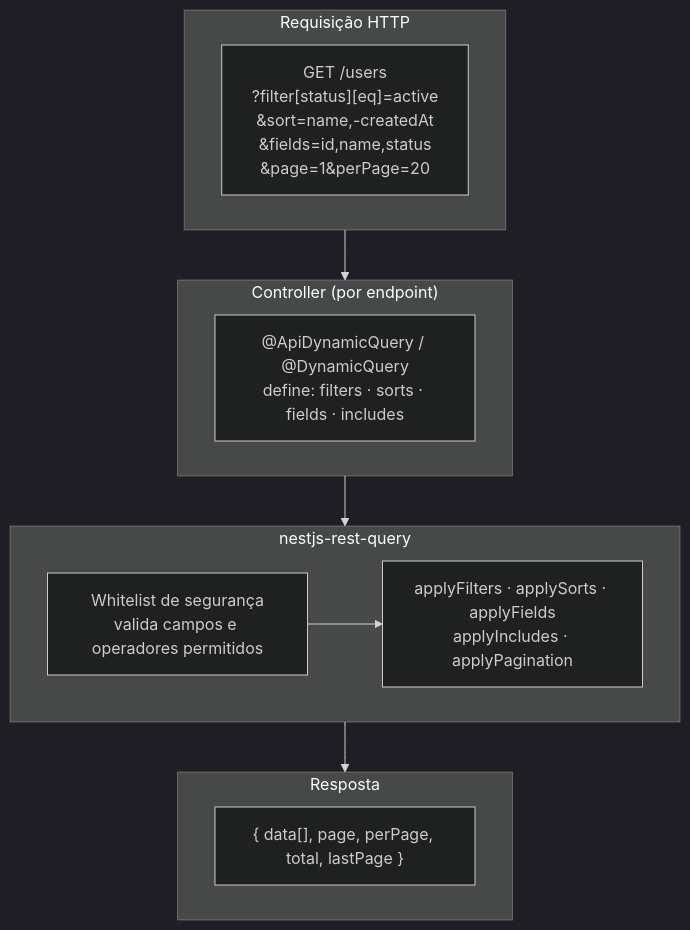
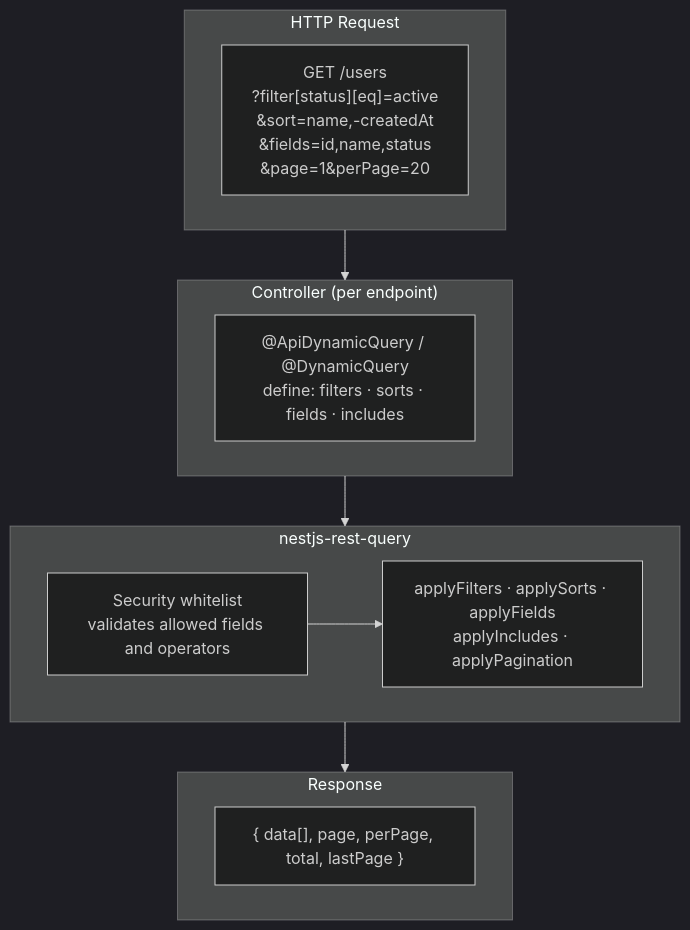
Before and after one commit to naldomadeira/nestjs-rest-query: the diagram in apps/docs/content/en/docs/index.mdx, drawn with Mermaid (dark theme). The commit also changed other lines of this file and 14 other files, not shown here.

````diff
--- a/apps/docs/content/en/docs/index.mdx
+++ b/apps/docs/content/en/docs/index.mdx
@@ -10,24 +10,24 @@
 ```mermaid
 flowchart TD
-  subgraph IN["Requisição HTTP"]
+  subgraph IN["HTTP Request"]
     Q["GET /users\n?filter[status][eq]=active\n&sort=name,-createdAt\n&fields=id,name,status\n&page=1&perPage=20"]
   end
 
-  subgraph CTRL["Controller (por endpoint)"]
+  subgraph CTRL["Controller (per endpoint)"]
     D["@ApiDynamicQuery / @DynamicQuery\ndefine: filters · sorts · fields · includes"]
   end
 
   subgraph LIB["nestjs-rest-query"]
-    W["Whitelist de segurança\nvalida campos e operadores permitidos"]
+    W["Security whitelist\nvalidates allowed fields and operators"]
     H["applyFilters · applySorts · applyFields\napplyIncludes · applyPagination"]
     W --> H
   end
 
-  subgraph OUT["Resposta"]
+  subgraph OUT["Response"]
     R["{ data[], page, perPage, total, lastPage }"]
   end
 
   IN --> CTRL
   CTRL --> LIB
   LIB --> OUT
 ```
````
